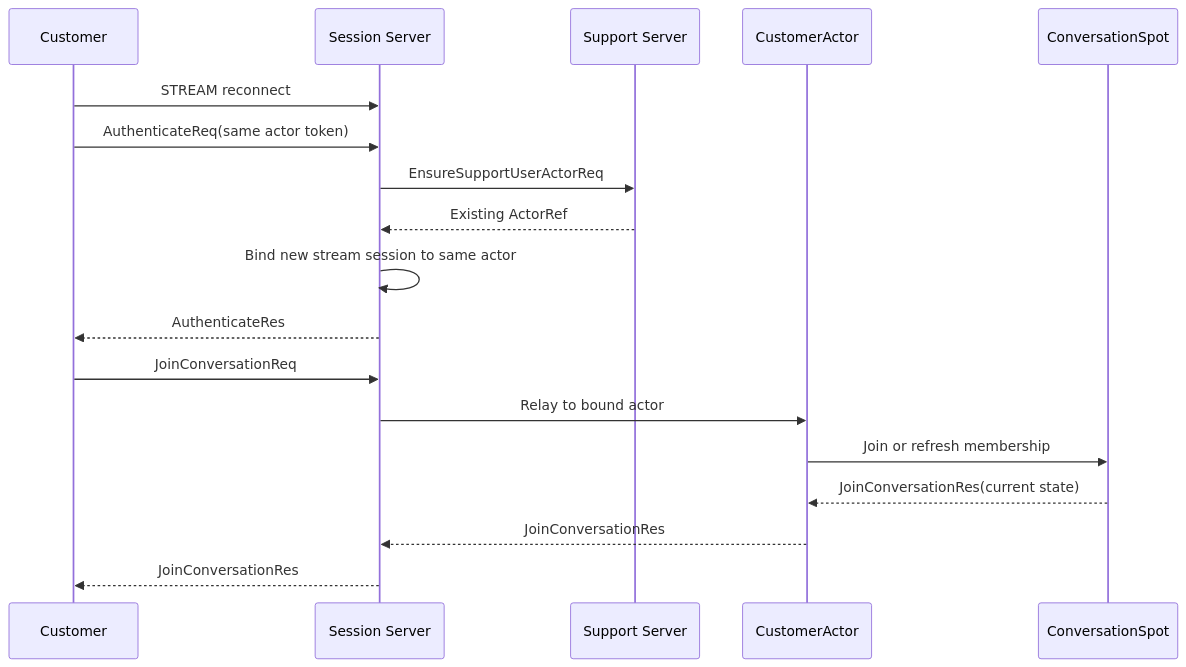
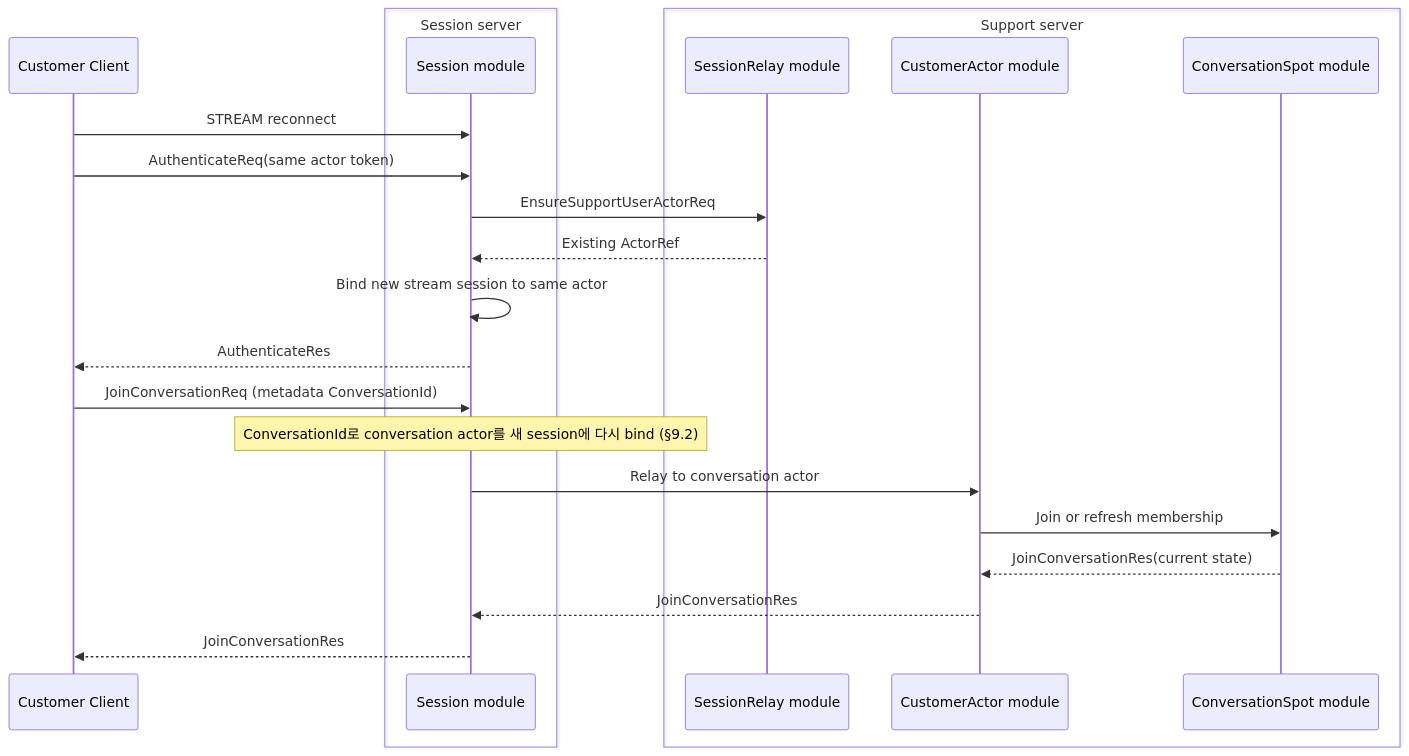
One commit to kairos-code-dev/zlink changed the seventh of 9 diagrams in framework/doc/framework/common/sample/supportchat/README.ko.md. Above: the diagram before and after it, drawn with Mermaid. The commit also changed other lines of this file and 182 other files, not shown here.

````diff
--- a/framework/doc/framework/common/sample/supportchat/README.ko.md
+++ b/framework/doc/framework/common/sample/supportchat/README.ko.md
@@ -718,21 +857,28 @@
 ```mermaid
 sequenceDiagram
-    participant C as Customer
-    participant S as Session Server
-    participant SUP as Support Server
-    participant A as CustomerActor
-    participant R as ConversationSpot
+    participant C as Customer Client
+
+    box Session server
+        participant S as Session module
+    end
+
+    box Support server
+        participant SUP as SessionRelay module
+        participant A as CustomerActor module
+        participant R as ConversationSpot module
+    end
 
     C->>S: STREAM reconnect
     C->>S: AuthenticateReq(same actor token)
     S->>SUP: EnsureSupportUserActorReq
     SUP-->>S: Existing ActorRef
     S->>S: Bind new stream session to same actor
     S-->>C: AuthenticateRes
-    C->>S: JoinConversationReq
-    S->>A: Relay to bound actor
+    C->>S: JoinConversationReq (metadata ConversationId)
+    Note over S: ConversationId로 conversation actor를 새 session에 다시 bind (§9.2)
+    S->>A: Relay to conversation actor
     A->>R: Join or refresh membership
     R-->>A: JoinConversationRes(current state)
     A-->>S: JoinConversationRes
     S-->>C: JoinConversationRes
 ```
````
